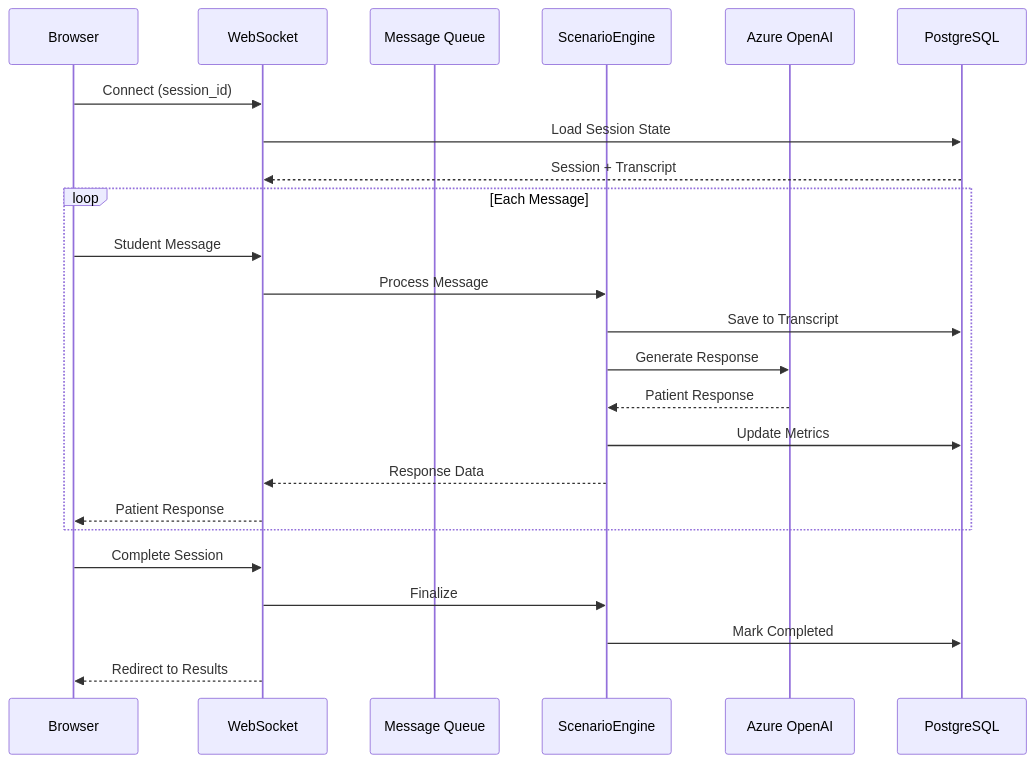
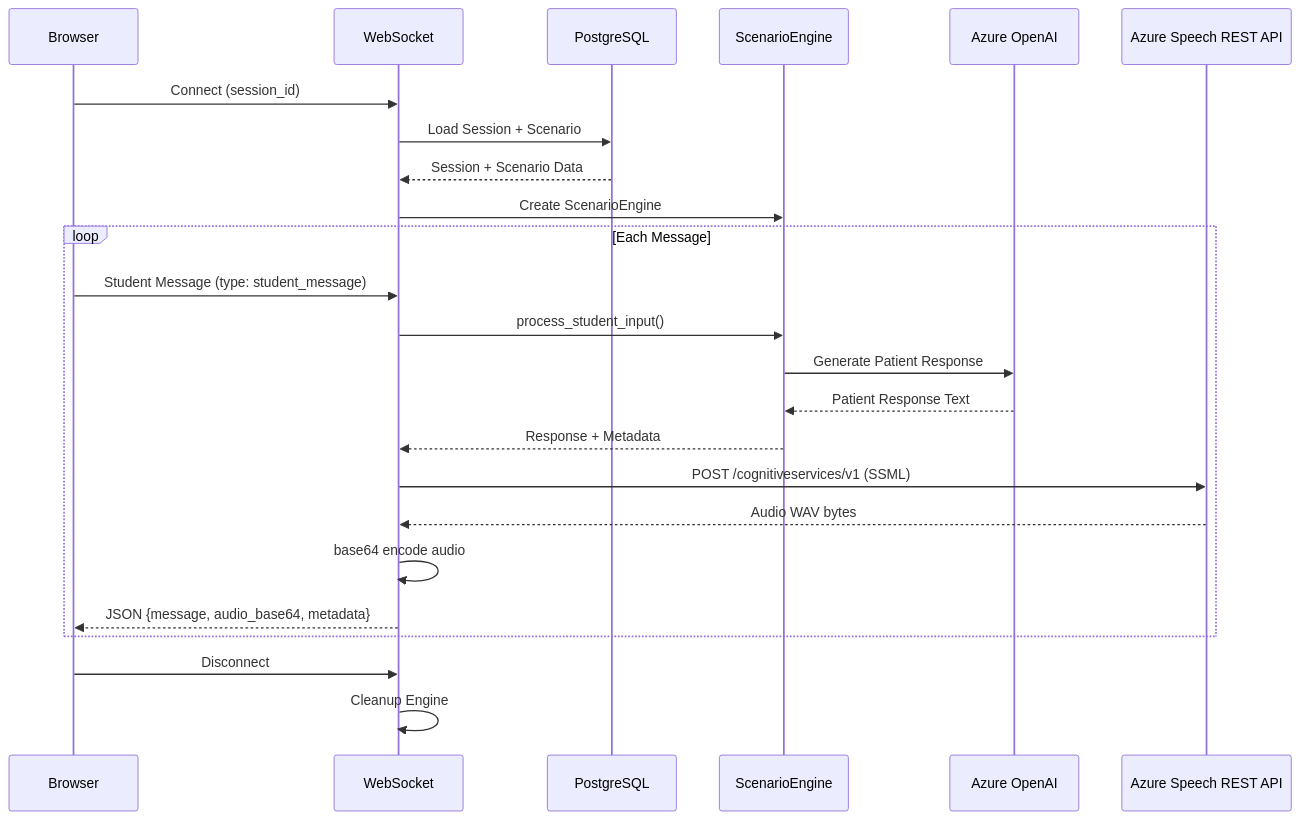
The second of 8 diagrams in docs/diagrams/data-flow.md (Amoukli/Coach_AI), drawn with Mermaid before and after one commit. The commit also changed other lines of this file and 2 other files, not shown here.

First line of the commit message:
Update architecture diagrams for REST API and WebSocket changes

````diff
--- a/docs/diagrams/data-flow.md
+++ b/docs/diagrams/data-flow.md
@@ -50,29 +50,29 @@
 ```mermaid
 sequenceDiagram
     participant Client as Browser
     participant WS as WebSocket
-    participant Redis as Message Queue
+    participant DB as PostgreSQL
     participant Engine as ScenarioEngine
     participant AI as Azure OpenAI
-    participant DB as PostgreSQL
+    participant Speech as Azure Speech REST API
 
     Client->>WS: Connect (session_id)
-    WS->>DB: Load Session State
-    DB-->>WS: Session + Transcript
+    WS->>DB: Load Session + Scenario
+    DB-->>WS: Session + Scenario Data
+    WS->>Engine: Create ScenarioEngine
 
     loop Each Message
-        Client->>WS: Student Message
-        WS->>Engine: Process Message
-        Engine->>DB: Save to Transcript
-        Engine->>AI: Generate Response
-        AI-->>Engine: Patient Response
-        Engine->>DB: Update Metrics
-        Engine-->>WS: Response Data
-        WS-->>Client: Patient Response
+        Client->>WS: Student Message (type: student_message)
+        WS->>Engine: process_student_input()
+        Engine->>AI: Generate Patient Response
+        AI-->>Engine: Patient Response Text
+        Engine-->>WS: Response + Metadata
+        WS->>Speech: POST /cognitiveservices/v1 (SSML)
+        Speech-->>WS: Audio WAV bytes
+        WS->>WS: base64 encode audio
+        WS-->>Client: JSON {message, audio_base64, metadata}
     end
 
-    Client->>WS: Complete Session
-    WS->>Engine: Finalize
-    Engine->>DB: Mark Completed
-    WS-->>Client: Redirect to Results
+    Client->>WS: Disconnect
+    WS->>WS: Cleanup Engine
 ```
````
